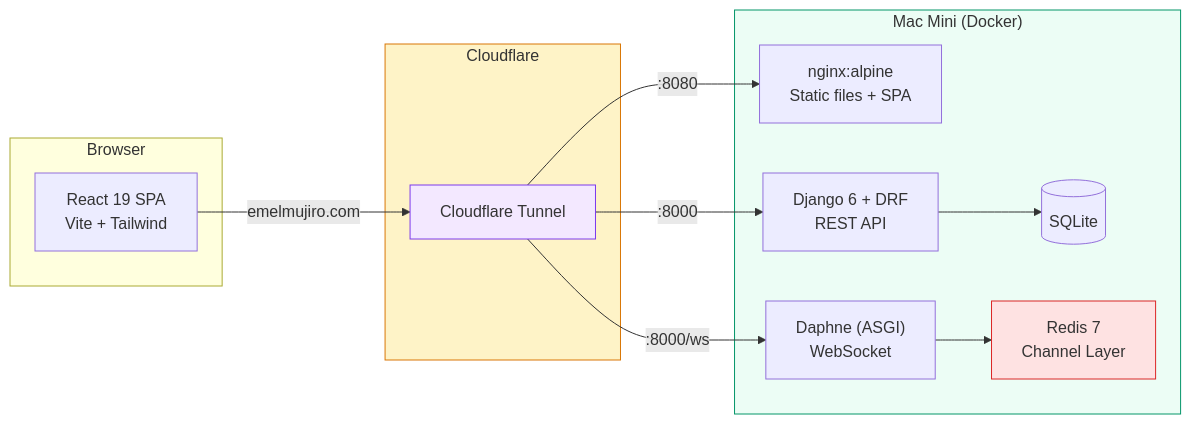
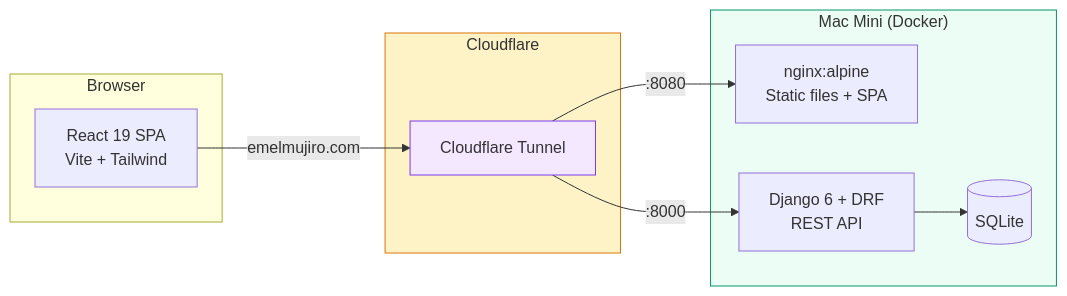
One commit to researcherhojin/emelmujiro changed the diagram in README.md. Above: the diagram before and after it, drawn with Mermaid. The commit also changed other lines of this file and 25 other files, not shown here.

First line of the commit message:
refactor: remove WebSocket, Channels, Daphne, and Redis

````diff
--- a/README.md
+++ b/README.md
@@ -90,30 +90,25 @@
 ```mermaid
 graph LR
     subgraph Client["Browser"]
         React["React 19 SPA\nVite + Tailwind"]
     end
 
     subgraph CF["Cloudflare"]
         Tunnel["Cloudflare Tunnel"]
     end
 
     subgraph MacMini["Mac Mini (Docker)"]
         Nginx["nginx:alpine\nStatic files + SPA"]
         DRF["Django 6 + DRF\nREST API"]
-        Daphne["Daphne (ASGI)\nWebSocket"]
         DB[(SQLite)]
-        Redis["Redis 7\nChannel Layer"]
     end
 
     React -->|emelmujiro.com| Tunnel
     Tunnel -->|:8080| Nginx
     Tunnel -->|:8000| DRF
-    Tunnel -->|:8000/ws| Daphne
     DRF --> DB
-    Daphne --> Redis
 
     style Tunnel fill:#F3E8FF,stroke:#7C3AED
     style MacMini fill:#ECFDF5,stroke:#059669
     style CF fill:#FEF3C7,stroke:#D97706
-    style Redis fill:#FEE2E2,stroke:#DC2626
 ```
````
